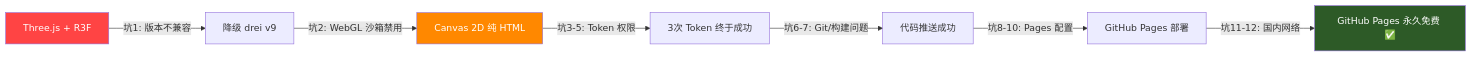
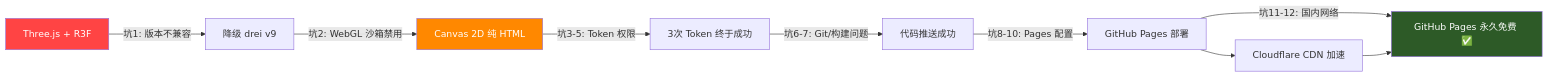
One commit to Easter127/trae changed diagram 20 of 20 in PROJECT_GUIDE.md. Above: the diagram before and after it, drawn with Mermaid. The commit also changed other lines of this file, not shown here.

````diff
--- a/PROJECT_GUIDE.md
+++ b/PROJECT_GUIDE.md
@@ -908,13 +914,15 @@
 ```mermaid
 graph LR
     A[Three.js + R3F] -->|坑1: 版本不兼容| B[降级 drei v9]
     B -->|坑2: WebGL 沙箱禁用| C[Canvas 2D 纯 HTML]
     C -->|坑3-5: Token 权限| D[3次 Token 终于成功]
     D -->|坑6-7: Git/构建问题| E[代码推送成功]
     E -->|坑8-10: Pages 配置| F[GitHub Pages 部署]
     F -->|坑11-12: 国内网络| G[GitHub Pages 永久免费 ✅]
+    F --> H[Cloudflare CDN 加速]
+    H --> G
     
     style A fill:#ff4444,color:#fff
     style C fill:#ff8800,color:#fff
     style G fill:#2d5a27,color:#fff
 ```
````
